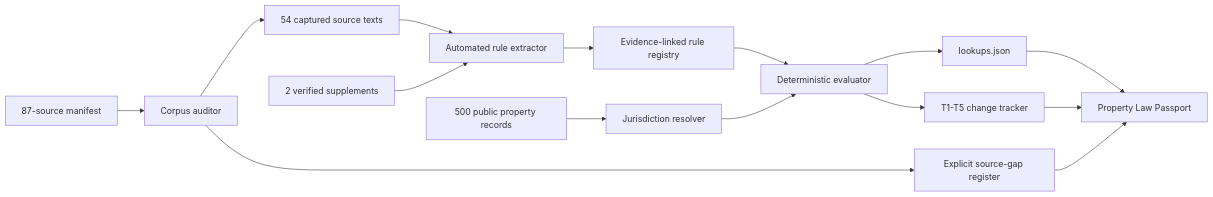
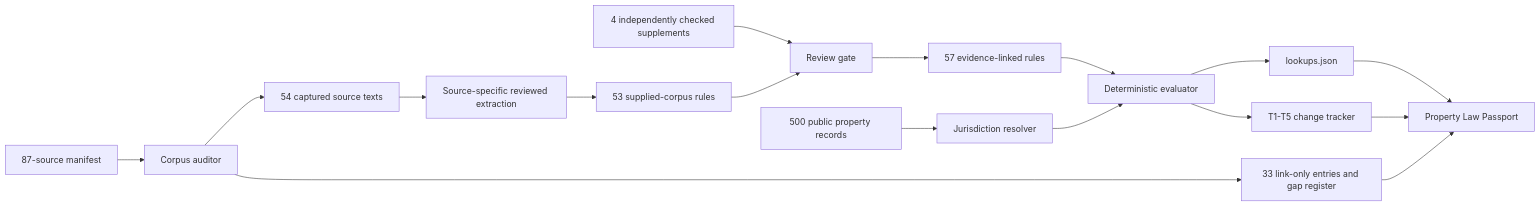
Before and after one commit to hhovhan/dwellingos: the diagram in docs/architecture.md, drawn with Mermaid. The commit also changed other lines of this file and 2 other files, not shown here.

Commit message:
Make judge-facing repository walkthrough reproducible

````diff
--- a/docs/architecture.md
+++ b/docs/architecture.md
@@ -3,17 +3,19 @@
 ```mermaid
 flowchart LR
   A[87-source manifest] --> B[Corpus auditor]
   B --> C[54 captured source texts]
-  B --> G[Explicit source-gap register]
-  C --> D[Automated rule extractor]
-  S[2 verified supplements] --> D
-  D --> E[Evidence-linked rule registry]
+  B --> G[33 link-only entries and gap register]
+  C --> D[Source-specific reviewed extraction]
+  D --> E[53 supplied-corpus rules]
+  S[4 independently checked supplements] --> F[Review gate]
+  E --> F
+  F --> R[57 evidence-linked rules]
   P[500 public property records] --> J[Jurisdiction resolver]
-  E --> V[Deterministic evaluator]
+  R --> V[Deterministic evaluator]
   J --> V
   V --> L[lookups.json]
   V --> T[T1-T5 change tracker]
   L --> U[Property Law Passport]
   T --> U
   G --> U
 ```
````
